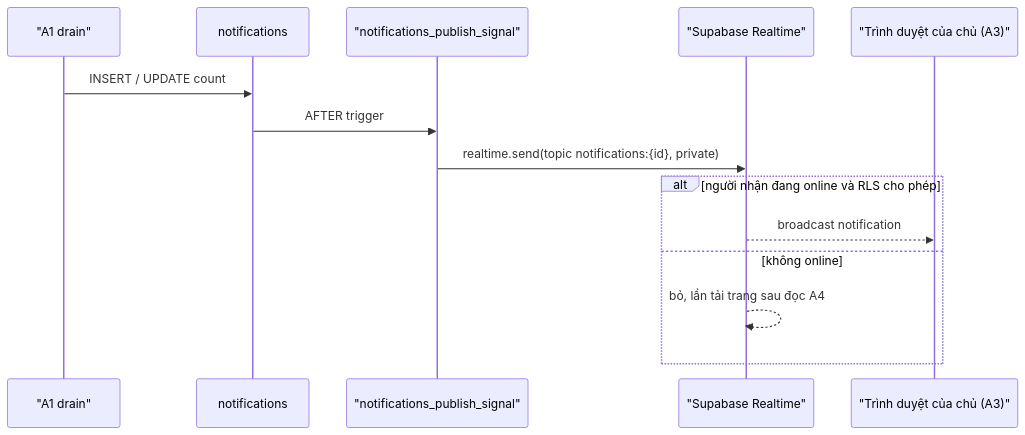
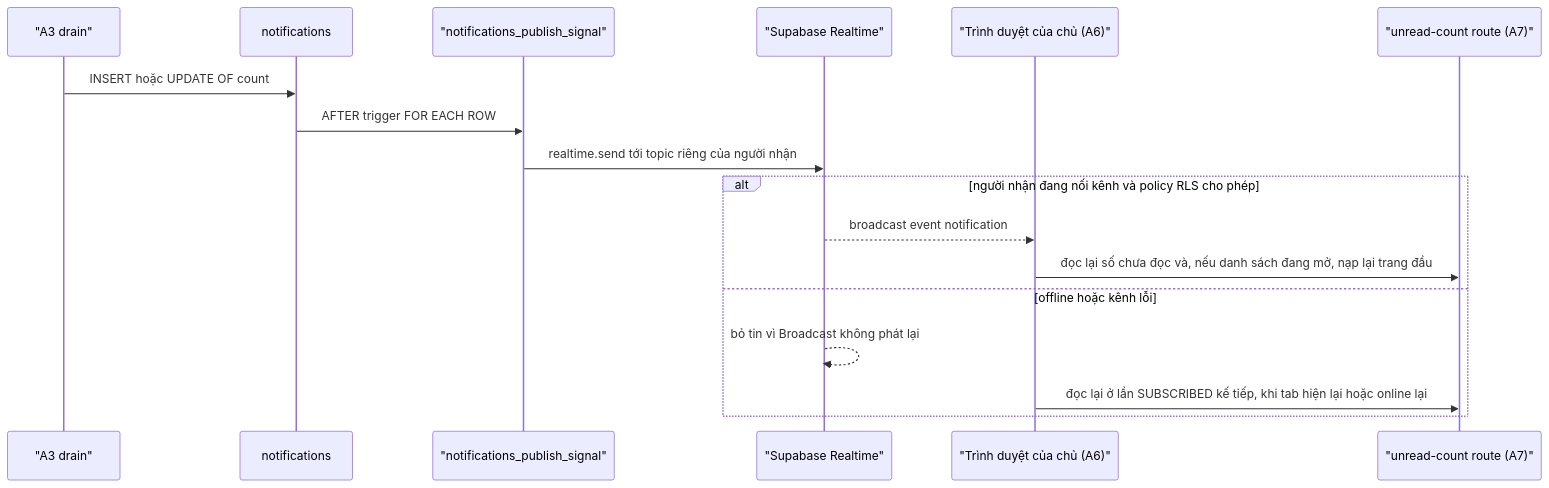
One commit to hailv-3571/agentic-coding-hands-on changed the third of 8 diagrams in docs/features/F013_Notifications/technical-spec.md. Above: the diagram before and after it, drawn with Mermaid. The commit also changed other lines of this file and 152 other files, not shown here.

````diff
--- a/docs/features/F013_Notifications/technical-spec.md
+++ b/docs/features/F013_Notifications/technical-spec.md
@@ -125,16 +175,20 @@
 ```mermaid
 sequenceDiagram
-    participant A as "A1 drain"
+    participant A as "A3 drain"
     participant N as notifications
     participant T as "notifications_publish_signal"
     participant R as "Supabase Realtime"
-    participant B as "Trình duyệt của chủ (A3)"
-    A->>N: INSERT / UPDATE count
-    N->>T: AFTER trigger
-    T->>R: realtime.send(topic notifications:{id}, private)
-    alt người nhận đang online và RLS cho phép
-        R-->>B: broadcast notification
-    else không online
-        R-->>R: bỏ, lần tải trang sau đọc A4
+    participant B as "Trình duyệt của chủ (A6)"
+    participant U as "unread-count route (A7)"
+
+    A->>N: INSERT hoặc UPDATE OF count
+    N->>T: AFTER trigger FOR EACH ROW
+    T->>R: realtime.send tới topic riêng của người nhận
+    alt người nhận đang nối kênh và policy RLS cho phép
+        R-->>B: broadcast event notification
+        B->>U: đọc lại số chưa đọc và, nếu danh sách đang mở, nạp lại trang đầu
+    else offline hoặc kênh lỗi
+        R-->>R: bỏ tin vì Broadcast không phát lại
+        B->>U: đọc lại ở lần SUBSCRIBED kế tiếp, khi tab hiện lại hoặc online lại
     end
 ```
````
